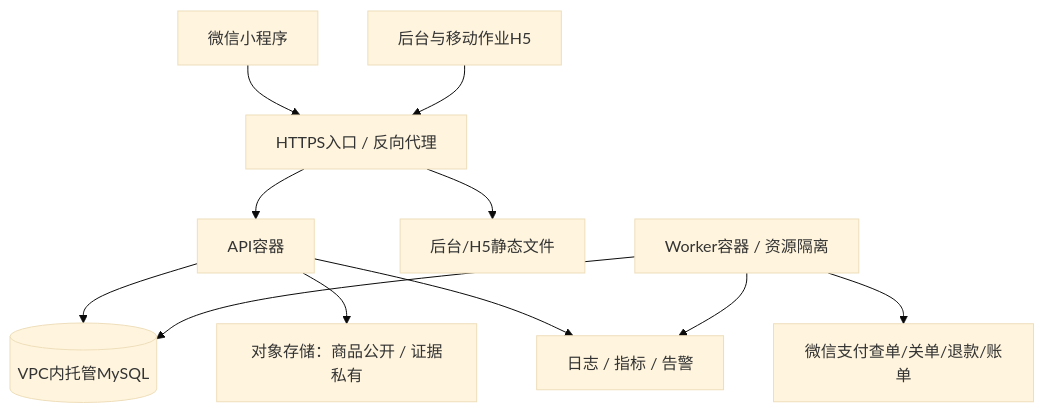
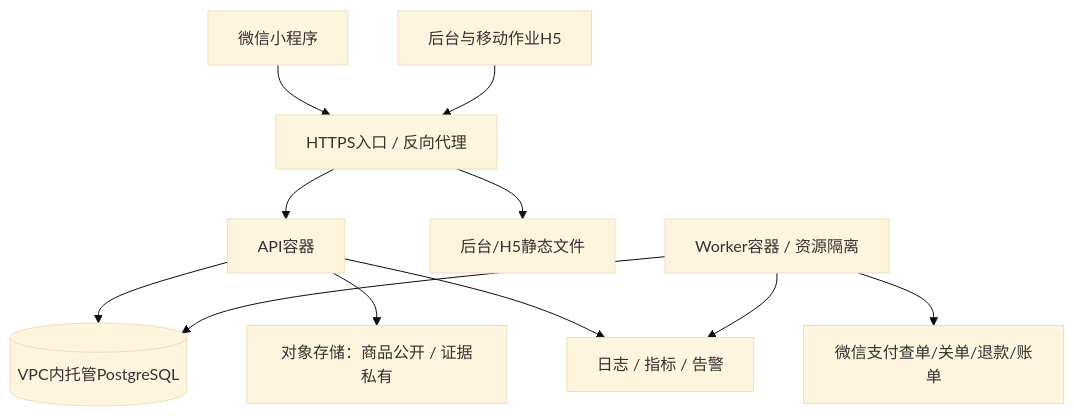
One commit to TiezhuGG/yumi-retail changed the diagram in docs/operations/DEPLOYMENT-AND-LAUNCH.md. Above: the diagram before and after it, drawn with Mermaid (base theme). The commit also changed other lines of this file and 79 other files, not shown here.

````diff
--- a/docs/operations/DEPLOYMENT-AND-LAUNCH.md
+++ b/docs/operations/DEPLOYMENT-AND-LAUNCH.md
@@ -13,13 +13,13 @@
 ```mermaid
 flowchart TB
     WX[微信小程序] --> GW[HTTPS入口 / 反向代理]
     WEB[后台与移动作业H5] --> GW
     GW --> API[API容器]
     GW --> STATIC[后台/H5静态文件]
-    API --> DB[(VPC内托管MySQL)]
+    API --> DB[(VPC内托管PostgreSQL)]
     WORKER[Worker容器 / 资源隔离] --> DB
     API --> OBJ[对象存储：商品公开 / 证据私有]
     WORKER --> PAY[微信支付查单/关单/退款/账单]
     API --> OBS[日志 / 指标 / 告警]
     WORKER --> OBS
 ```
````
